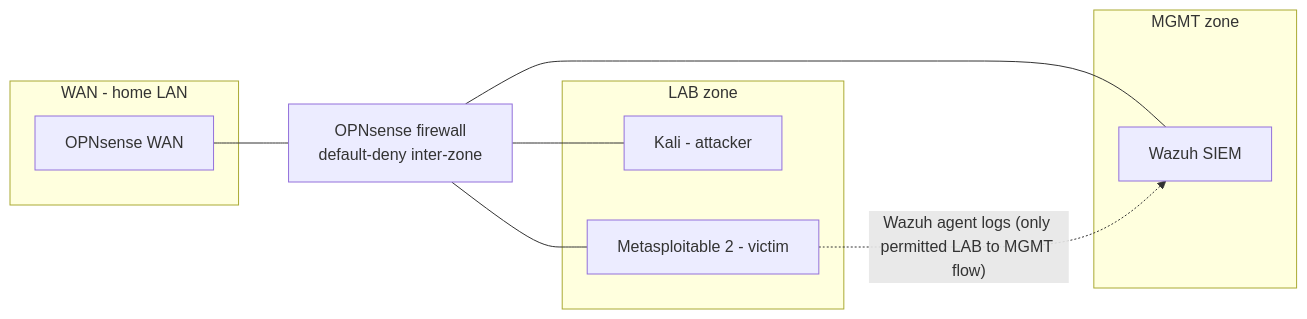
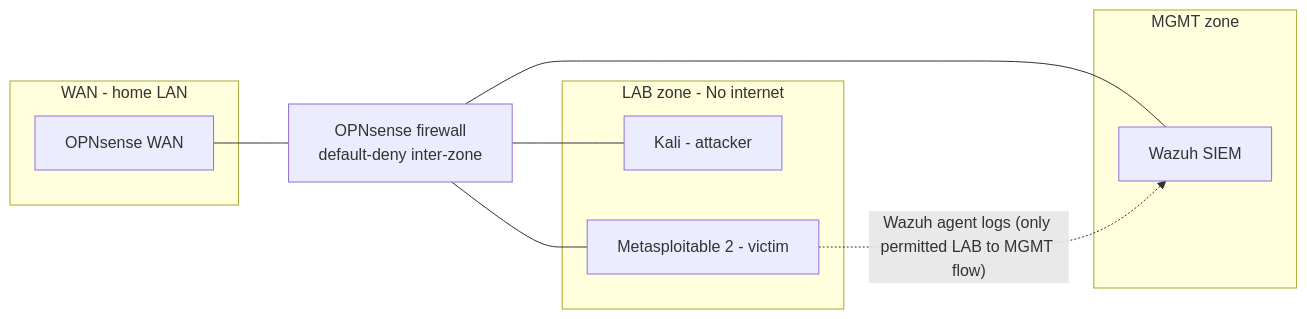
Before and after one commit to oliver-vucic/homelab-soc: the diagram in README.md, drawn with Mermaid. The commit also changed other lines of this file, not shown here.

````diff
--- a/README.md
+++ b/README.md
@@ -8,19 +8,19 @@
 ```mermaid
 flowchart LR
     subgraph WAN["WAN - home LAN"]
         FW_WAN["OPNsense WAN"]
     end
     subgraph MGMT["MGMT zone"]
         SIEM["Wazuh SIEM"]
     end
-    subgraph LAB["LAB zone"]
+    subgraph LAB["LAB zone - No internet"]
         KALI["Kali - attacker"]
         VICTIM["Metasploitable 2 - victim"]
     end
     FW["OPNsense firewall<br/>default-deny inter-zone"]
     FW_WAN --- FW
     FW --- SIEM
     FW --- KALI
     FW --- VICTIM
     VICTIM -. "Wazuh agent logs (only permitted LAB to MGMT flow)" .-> SIEM
 ```
````
